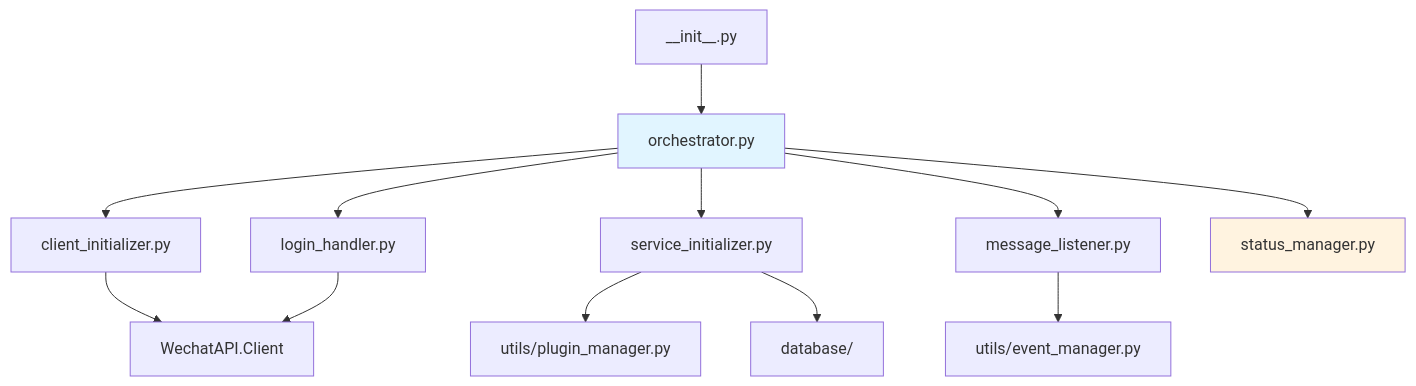
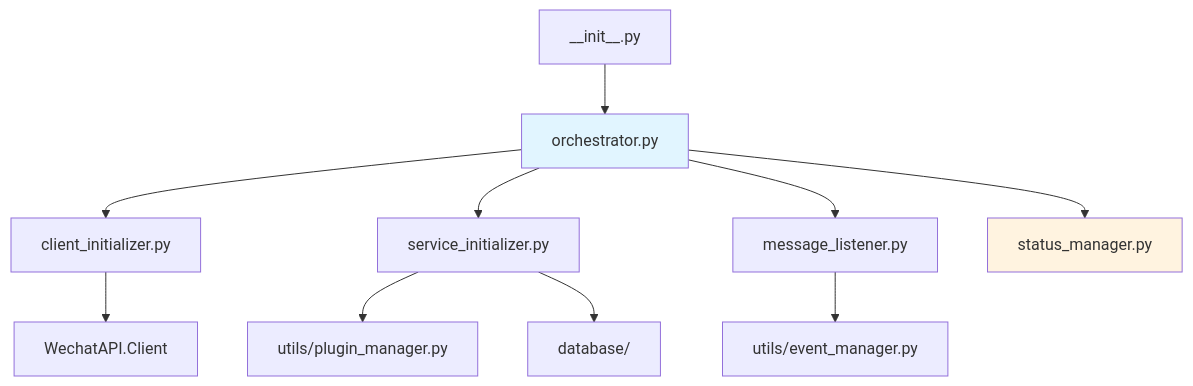
One commit to sxkiss/allbot changed the first of 2 diagrams in bot_core/CLAUDE.md. Above: the diagram before and after it, drawn with Mermaid. The commit also changed other lines of this file and 29 other files, not shown here.

````diff
--- a/bot_core/CLAUDE.md
+++ b/bot_core/CLAUDE.md
@@ -50,18 +50,16 @@
 ```mermaid
 graph TD
     A[__init__.py] --> B[orchestrator.py]
     B --> C[client_initializer.py]
-    B --> D[login_handler.py]
     B --> E[service_initializer.py]
     B --> F[message_listener.py]
     B --> G[status_manager.py]
 
     C --> H[WechatAPI.Client]
-    D --> H
     E --> I[utils/plugin_manager.py]
     E --> J[database/]
     F --> K[utils/event_manager.py]
 
     style B fill:#e1f5ff
     style G fill:#fff3e0
 ```
````
